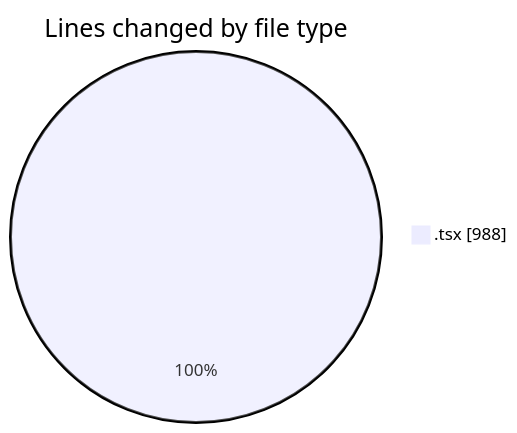
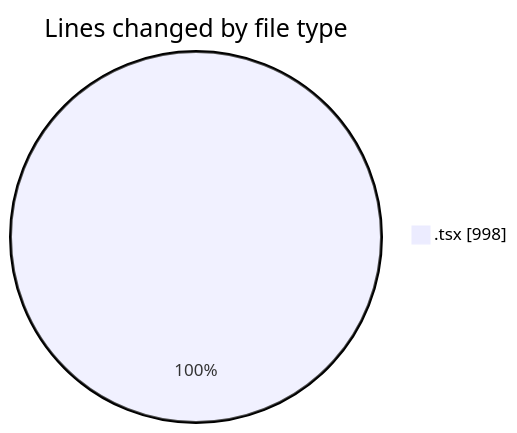
Before and after one commit to nxtqubesakshisongat/code-tracking: the first of 2 diagrams in 2026-03-22/nxtqube_webapp/README.md, drawn with Mermaid. The commit also changed other lines of this file and 1 other file, not shown here.

````diff
--- a/2026-03-22/nxtqube_webapp/README.md
+++ b/2026-03-22/nxtqube_webapp/README.md
@@ -21,5 +21,5 @@
 ```mermaid
 pie showData
 title Lines changed by file type
-".tsx" : 988
+".tsx" : 998
 ```
````
